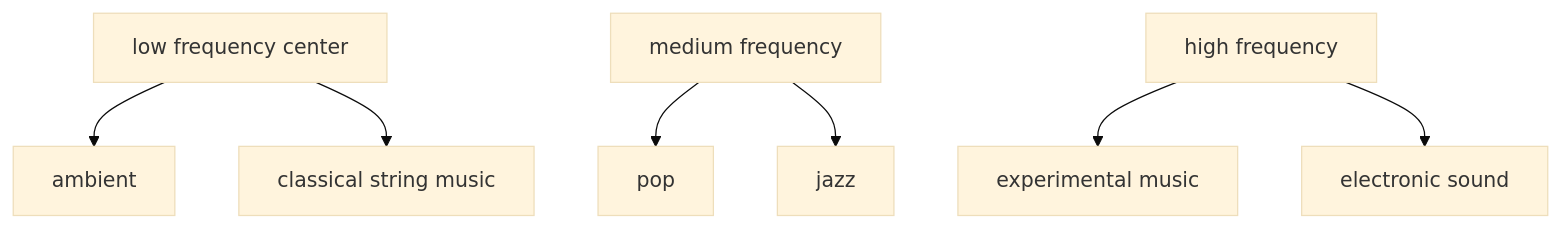
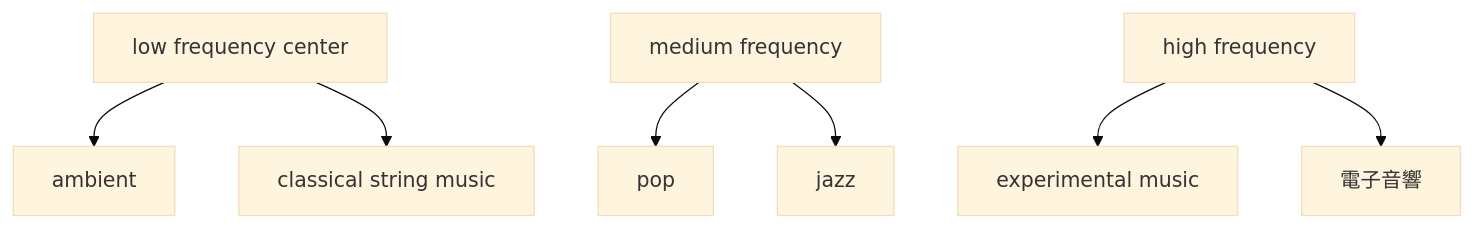
One commit to monumental-movement/monumental-movement.github.io changed the fifth of 5 diagrams in en/_posts/2026-04-11-column-dog-cat-music.md. Above: the diagram before and after it, drawn with Mermaid (base theme). The commit also changed other lines of this file and 2196 other files, not shown here.

```diff
--- a/en/_posts/2026-04-11-column-dog-cat-music.md
+++ b/en/_posts/2026-04-11-column-dog-cat-music.md
@@ -324,9 +323,9 @@
 <div class="mermaid">
 graph TD
 A[low frequency center] --> B[ambient]
 A --> C[classical string music]
 D[medium frequency] --> E[pop]
 D --> F[jazz]
 G[high frequency] --> H[experimental music]
-G --> I[electronic sound]
+G --> I[電子音響]
 </div>
```
